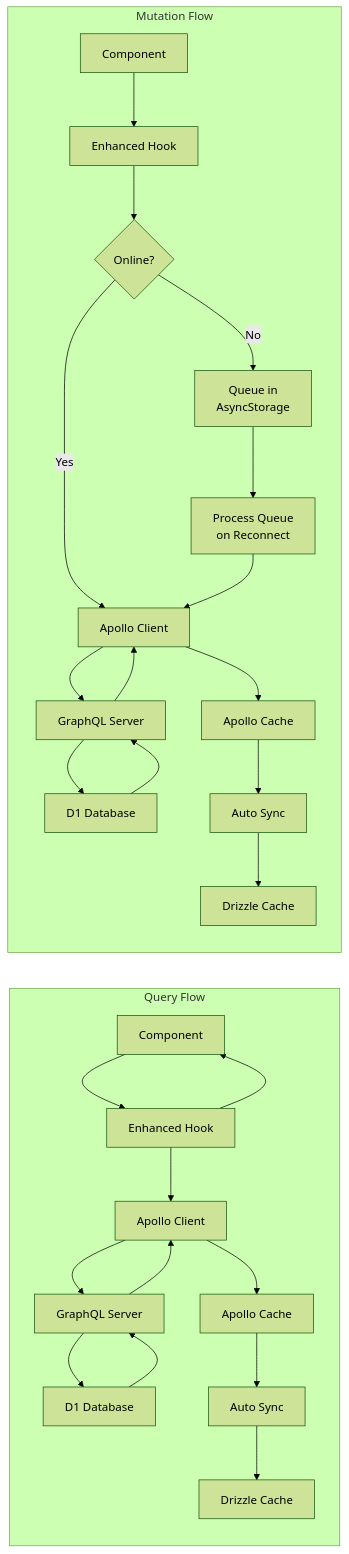
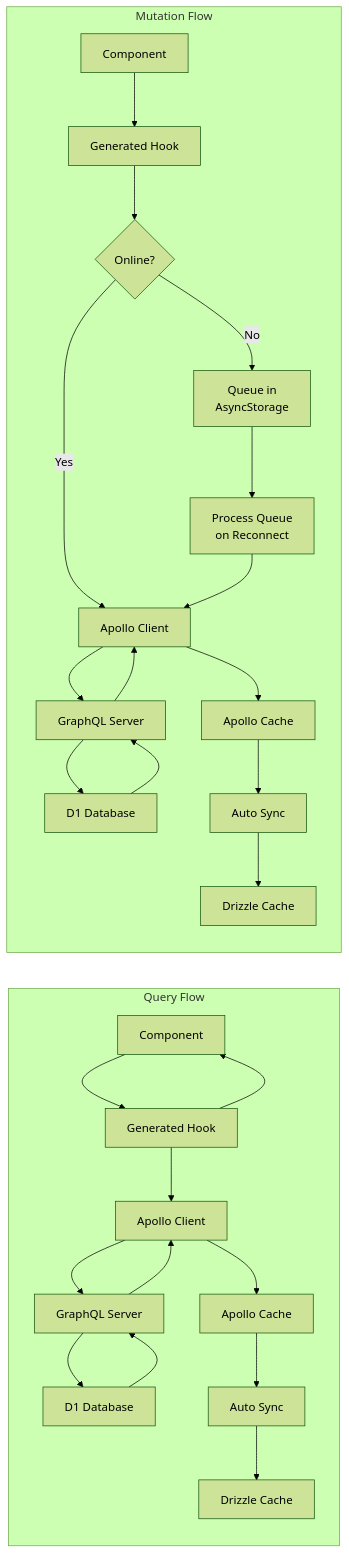
The third of 11 diagrams in README.md (mehotkhan/safarnak.app), drawn with Mermaid (forest theme) before and after one commit. The commit also changed other lines of this file, not shown here.

Commit message:
docs(readme): fix outdated references (Enhanced→Generated hooks, apollo cache table); refresh diagrams

````diff
--- a/README.md
+++ b/README.md
@@ -162,31 +162,31 @@
 ```mermaid
 flowchart LR
   subgraph Query["Query Flow"]
-    Q1["Component"] --> Q2["Enhanced Hook"]
+    Q1["Component"] --> Q2["Generated Hook"]
     Q2 --> Q3["Apollo Client"]
     Q3 --> Q4["GraphQL Server"]
     Q4 --> Q5["D1 Database"]
     Q5 --> Q4
     Q4 --> Q3
     Q3 --> Q6["Apollo Cache"]
     Q6 --> Q7["Auto Sync"]
     Q7 --> Q8["Drizzle Cache"]
     Q2 --> Q1
   end
 
   subgraph Mutation["Mutation Flow"]
-    M1["Component"] --> M2["Enhanced Hook"]
+    M1["Component"] --> M2["Generated Hook"]
     M2 --> M3{"Online?"}
     M3 -->|Yes| M4["Apollo Client"]
     M3 -->|No| M5["Queue in<br/>AsyncStorage"]
     M4 --> M6["GraphQL Server"]
     M6 --> M7["D1 Database"]
     M7 --> M6
     M6 --> M4
     M4 --> M8["Apollo Cache"]
     M8 --> M9["Auto Sync"]
     M9 --> M10["Drizzle Cache"]
     M5 --> M11["Process Queue<br/>on Reconnect"]
     M11 --> M4
   end
 ```
````
